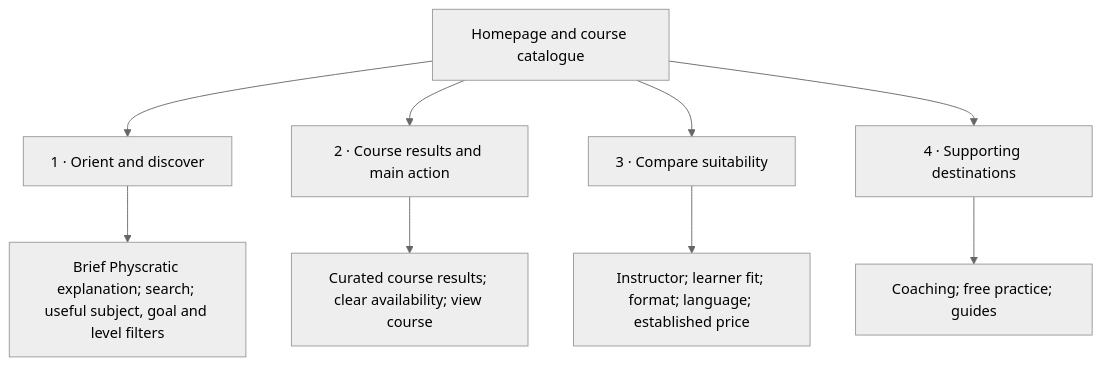
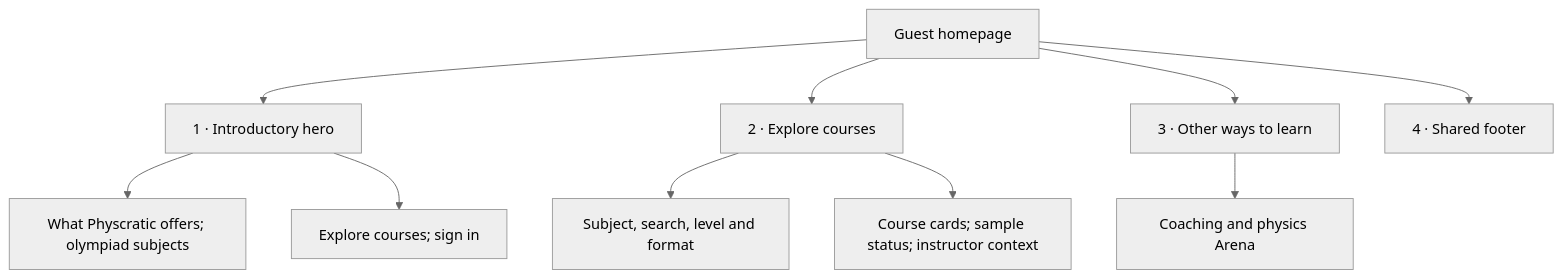
Before and after one commit to Physcratic/physcratic: the second of 11 diagrams in docs/engineering/TEST_PAGE_HIERARCHIES.md, drawn with Mermaid (neutral theme). The commit also changed other lines of this file and 4 other files, not shown here.

Commit message:
feat: prototype guest introduction and member learning homepages across olympiad subjects

````diff
--- a/docs/engineering/TEST_PAGE_HIERARCHIES.md
+++ b/docs/engineering/TEST_PAGE_HIERARCHIES.md
@@ -55,20 +57,17 @@
 ```mermaid
 flowchart TD
-  page["Homepage and course catalogue"]
-  first["1 · Orient and discover"]
-  second["2 · Course results and main action"]
-  support["3 · Compare suitability"]
-  extra["4 · Supporting destinations"]
-  firstContent["Brief Physcratic explanation; search; useful subject, goal and level filters"]
-  secondContent["Curated course results; clear availability; view course"]
-  supportContent["Instructor; learner fit; format; language; established price"]
-  extraContent["Coaching; free practice; guides"]
-  page --> first
-  page --> second
+  page["Guest homepage"]
+  hero["1 · Introductory hero"]
+  discovery["2 · Explore courses"]
+  support["3 · Other ways to learn"]
+  footer["4 · Shared footer"]
+  page --> hero
+  page --> discovery
   page --> support
-  page --> extra
-  first --> firstContent
-  second --> secondContent
-  support --> supportContent
-  extra --> extraContent
+  page --> footer
+  hero --> identity["What Physcratic offers; olympiad subjects"]
+  hero --> action["Explore courses; sign in"]
+  discovery --> controls["Subject, search, level and format"]
+  discovery --> results["Course cards; sample status; instructor context"]
+  support --> options["Coaching and physics Arena"]
 ```
````
